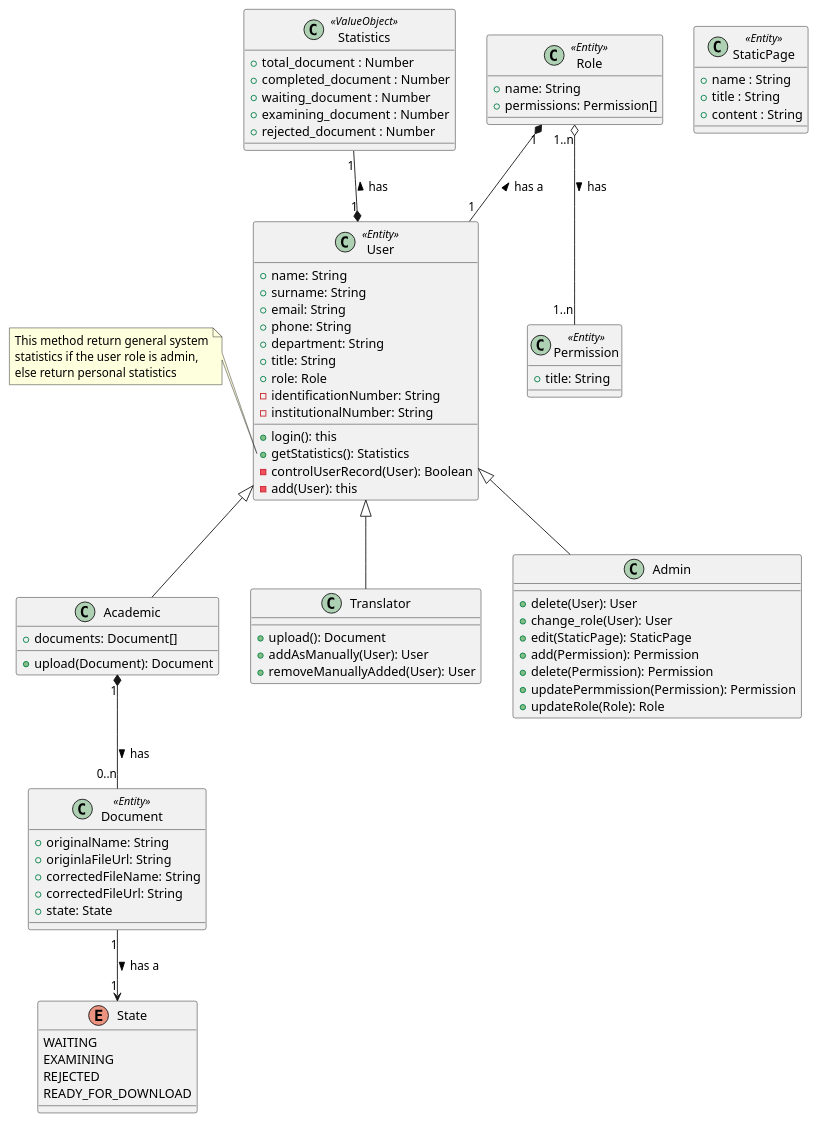
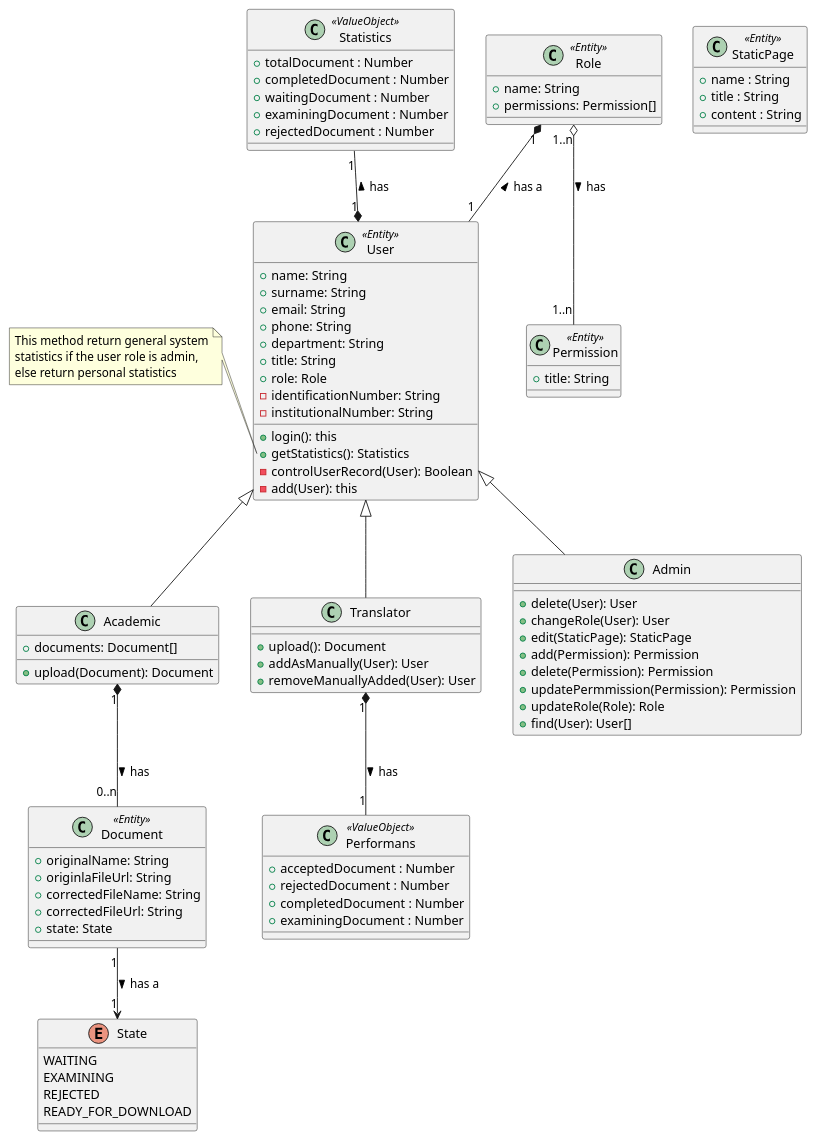
One commit to uygaraydin/academic-paper-proofreading changed the diagram in class-diagram.puml. Above: the diagram before and after it, drawn with PlantUML.

Commit message:
class diagram was updated

```diff
--- a/class-diagram.puml
+++ b/class-diagram.puml
@@ -1,95 +1,104 @@
 @startuml ATCS
 
 class User <<Entity>> {
   + name: String
   + surname: String
   + email: String
   + phone: String
   + department: String
   + title: String
   + role: Role
   - identificationNumber: String
   - institutionalNumber: String
   + login(): this
   + getStatistics(): Statistics
   - controlUserRecord(User): Boolean
   - add(User): this
 }
 note left of User::getStatistics
 This method return general system
 statistics if the user role is admin,
 else return personal statistics
 end note
 
 
 class Academic {
   + documents: Document[]
   + upload(Document): Document
 }
 
 class Translator {
   + upload(): Document
   + addAsManually(User): User
   + removeManuallyAdded(User): User
 }
 
 class Admin {
   + delete(User): User
-  + change_role(User): User
+  + changeRole(User): User
   + edit(StaticPage): StaticPage
   + add(Permission): Permission
   + delete(Permission): Permission
   + updatePermmission(Permission): Permission
   + updateRole(Role): Role
+  + find(User): User[]
 }
 
 class Statistics <<ValueObject>> {
-  + total_document : Number
-  + completed_document : Number
-  + waiting_document : Number
-  + examining_document : Number
-  + rejected_document : Number
+  + totalDocument : Number
+  + completedDocument : Number
+  + waitingDocument : Number
+  + examiningDocument : Number
+  + rejectedDocument : Number
+}
+
+class Performans <<ValueObject>> {
+  + acceptedDocument : Number
+  + rejectedDocument : Number
+  + completedDocument : Number
+  + examiningDocument : Number
 }
 
 class StaticPage <<Entity>> {
   + name : String
   + title : String
   + content : String
 }
 
 class Document <<Entity>> {
   + originalName: String
   + originlaFileUrl: String
   + correctedFileName: String
   + correctedFileUrl: String
   + state: State
 }
 
 class Role <<Entity>> {
   + name: String
   + permissions: Permission[]
 }
 
 class Permission <<Entity>> {
   + title: String
 }
 
 enum State {
   WAITING
   EXAMINING
   REJECTED
   READY_FOR_DOWNLOAD
 }
 
 
 Academic -up-|> User
 Translator -up-|> User
 Admin -up-|> User
 Academic "1" *-- "0..n" Document : has >
 Document "1" --> "1" State : has a >
 Role "1" *-- "1" User : has a <
 Role "1..n" o-- "1..n" Permission : has >
 User "1" *-up- "1" Statistics : has >
+Translator "1" *-- "1" Performans : has >
 
 
 @enduml
```
